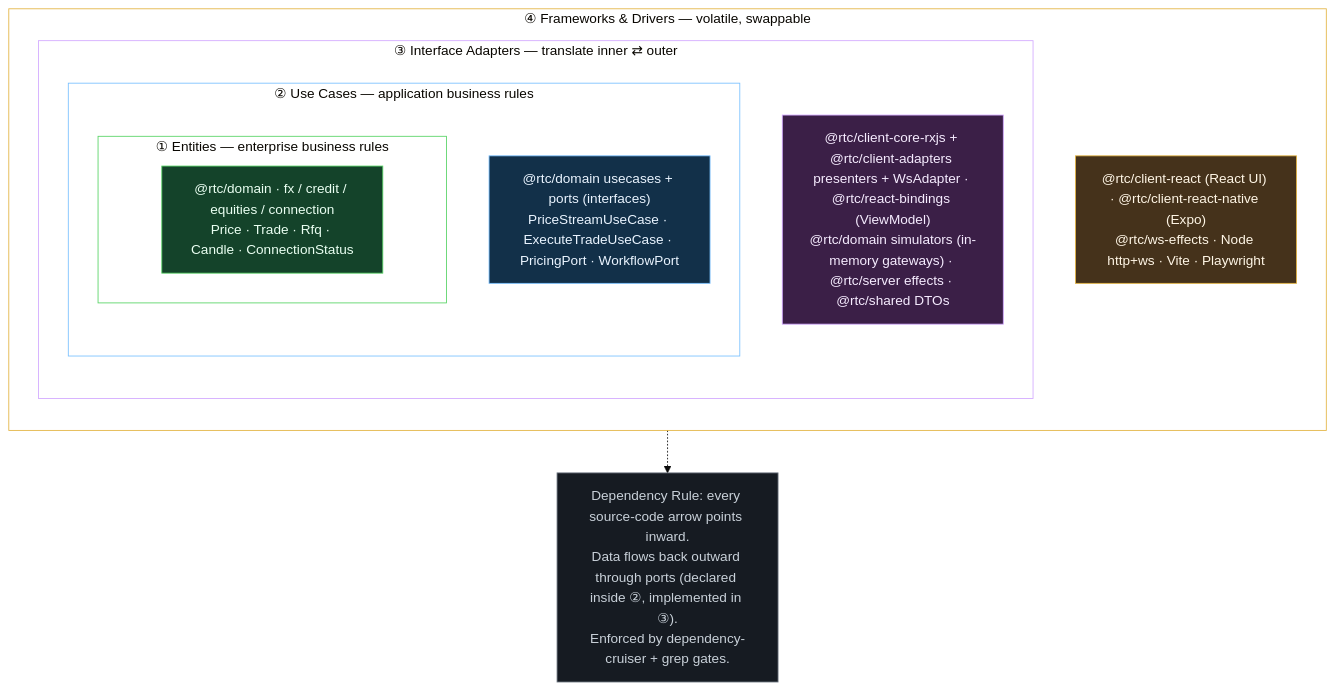
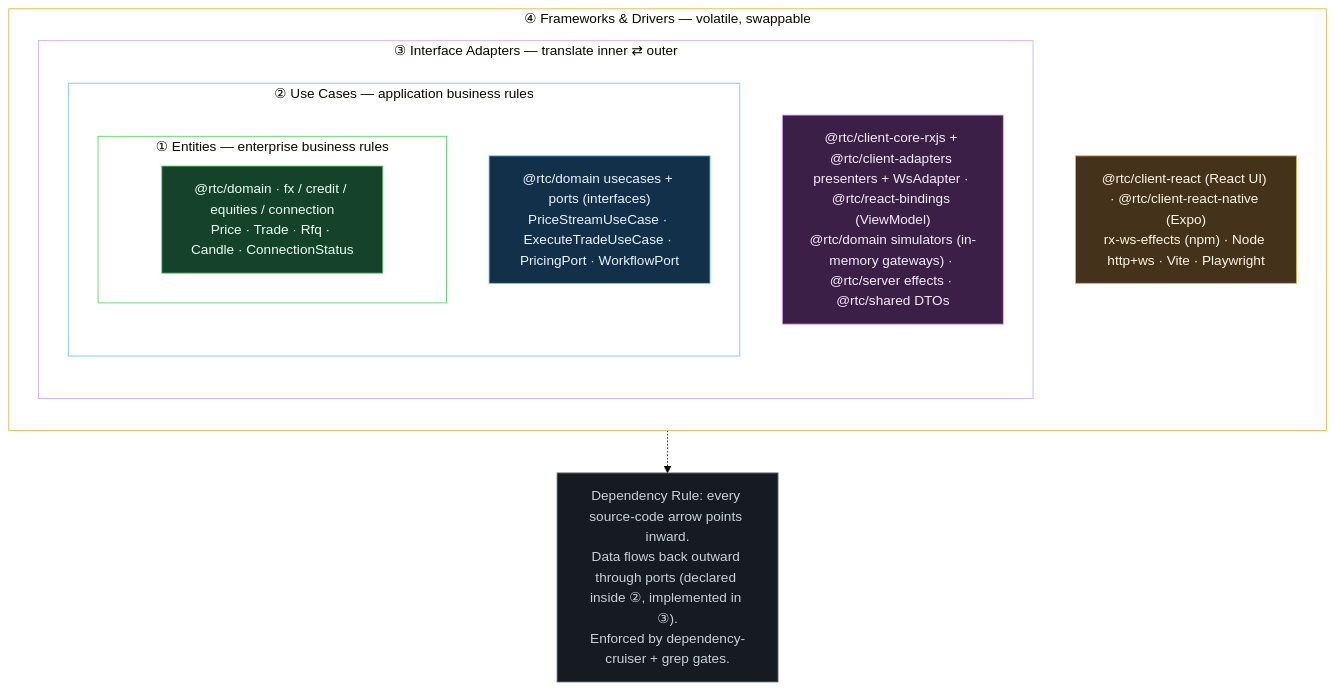
One commit to bettersoftware-io/ReactiveTraderCloudClone changed the second of 3 diagrams in docs/architecture/01-overview.md. Above: the diagram before and after it, drawn with Mermaid (base theme). The commit also changed other lines of this file and 73 other files, not shown here.

First line of the commit message:
refactor(server): run on @better-software/rx-ws-effects from npm, delete packages/ws-effects

````diff
--- a/docs/architecture/01-overview.md
+++ b/docs/architecture/01-overview.md
@@ -93,30 +93,30 @@
 ```mermaid
 flowchart TB
   subgraph FW["④ Frameworks & Drivers — volatile, swappable"]
     direction TB
     subgraph IA["③ Interface Adapters — translate inner ⇄ outer"]
       direction TB
       subgraph UC["② Use Cases — application business rules"]
         direction TB
         subgraph EN["① Entities — enterprise business rules"]
           ent["@rtc/domain · fx / credit / equities / connection<br/>Price · Trade · Rfq · Candle · ConnectionStatus"]:::en
         end
         uc["@rtc/domain usecases + ports (interfaces)<br/>PriceStreamUseCase · ExecuteTradeUseCase · PricingPort · WorkflowPort"]:::uc
       end
       ia["@rtc/client-core-rxjs + @rtc/client-adapters presenters + WsAdapter · @rtc/react-bindings (ViewModel)<br/>@rtc/domain simulators (in-memory gateways) · @rtc/server effects · @rtc/shared DTOs"]:::ia
     end
-    fw["@rtc/client-react (React UI) · @rtc/client-react-native (Expo)<br/>@rtc/ws-effects · Node http+ws · Vite · Playwright"]:::fw
+    fw["@rtc/client-react (React UI) · @rtc/client-react-native (Expo)<br/>rx-ws-effects (npm) · Node http+ws · Vite · Playwright"]:::fw
   end
   note["Dependency Rule: every source-code arrow points inward.<br/>Data flows back outward through ports (declared inside ②, implemented in ③).<br/>Enforced by dependency-cruiser + grep gates."]:::noteC
   FW -.-> note
 
   classDef en fill:#14432a,stroke:#56d364,color:#eafff2
   classDef uc fill:#123049,stroke:#79c0ff,color:#eaf4ff
   classDef ia fill:#3b1f47,stroke:#d2a8ff,color:#f6ecff
   classDef fw fill:#45321b,stroke:#e3b341,color:#fff6e6
   classDef noteC fill:#161b22,stroke:#6e7681,color:#c9d1d9
   style EN fill:none,stroke:#56d364
   style UC fill:none,stroke:#79c0ff
   style IA fill:none,stroke:#d2a8ff
   style FW fill:none,stroke:#e3b341
 ```
````
